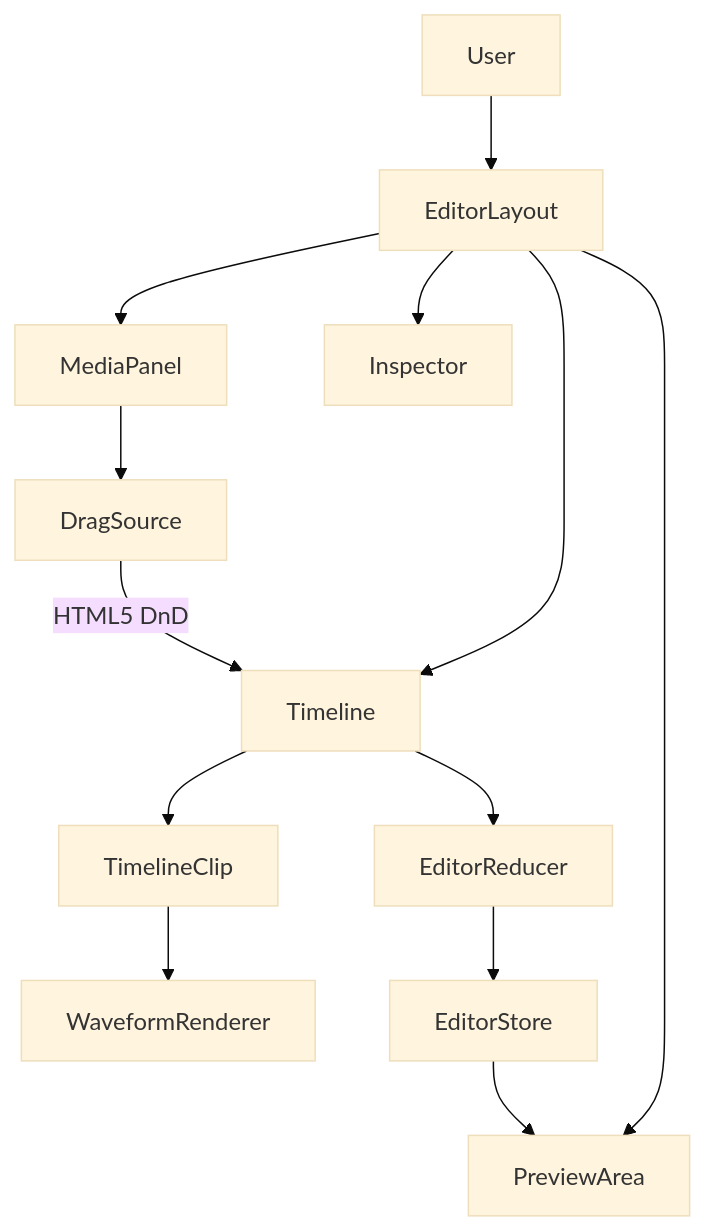
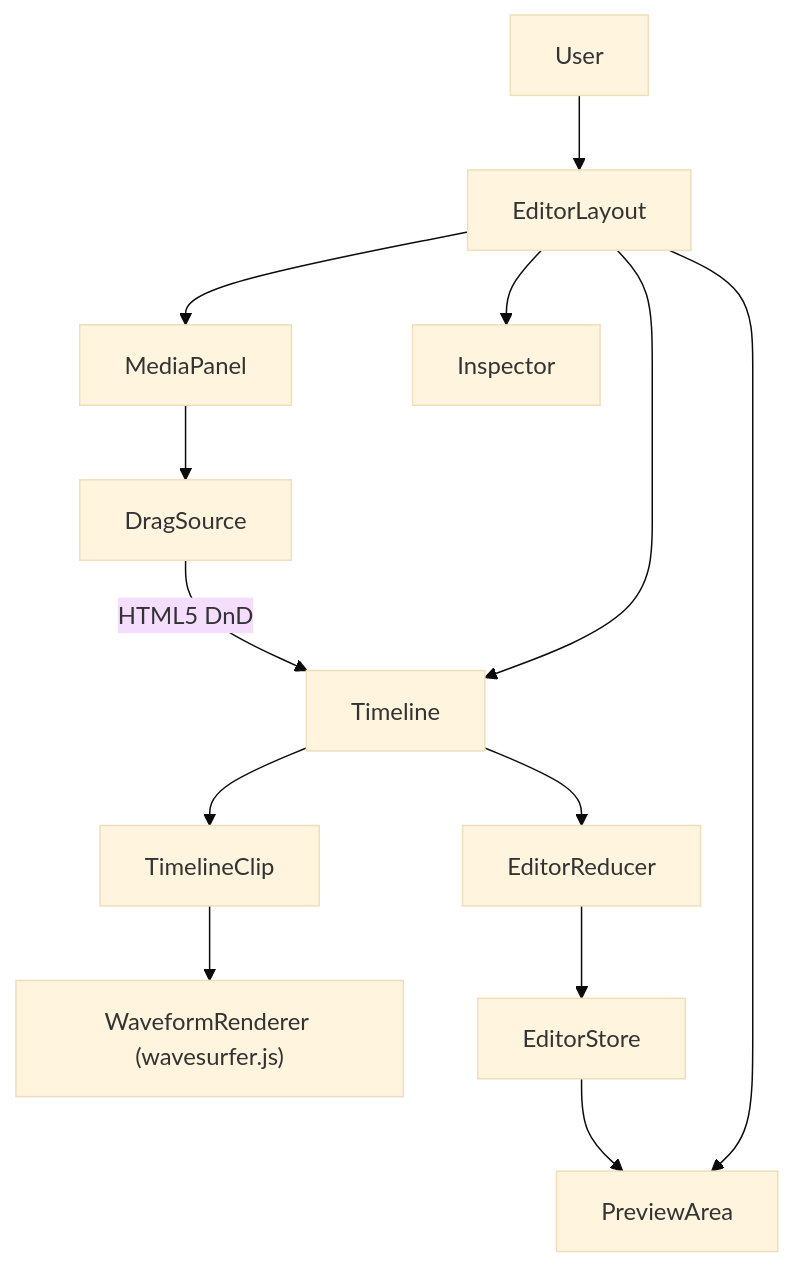
One commit to KennethAtchon/ContentAI changed the first of 2 diagrams in docs/editor-studio/architecture/01-editor-core-hld-lld.md. Above: the diagram before and after it, drawn with Mermaid (base theme). The commit also changed other lines of this file and 26 other files, not shown here.

First line of the commit message:
feat: Enhance Docker scripts and database schema for improved project management and infrastructure setup

````diff
--- a/docs/editor-studio/architecture/01-editor-core-hld-lld.md
+++ b/docs/editor-studio/architecture/01-editor-core-hld-lld.md
@@ -15,16 +15,16 @@
 ```mermaid
 graph TD
     User --> EditorLayout
     EditorLayout --> Timeline
     EditorLayout --> PreviewArea
     EditorLayout --> MediaPanel
     EditorLayout --> Inspector
 
     Timeline --> TimelineClip
-    TimelineClip --> WaveformRenderer
+    TimelineClip --> WaveformRenderer["WaveformRenderer (wavesurfer.js)"]
     MediaPanel --> DragSource
     DragSource -->|HTML5 DnD| Timeline
     Timeline --> EditorReducer
     EditorReducer --> EditorStore
     EditorStore --> PreviewArea
 ```
````
